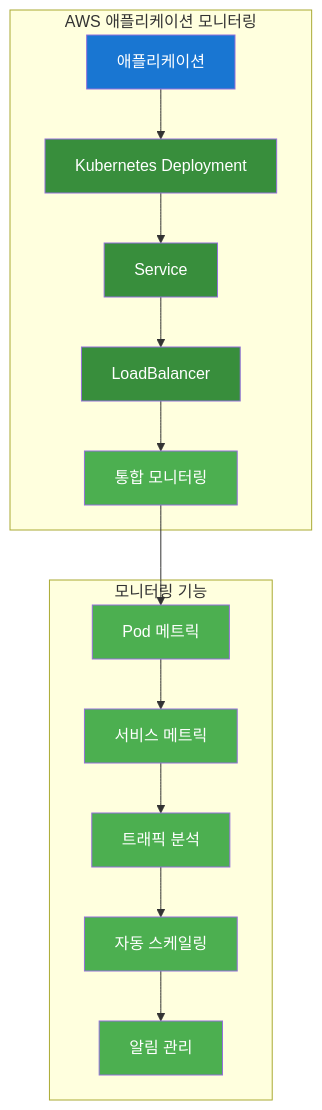
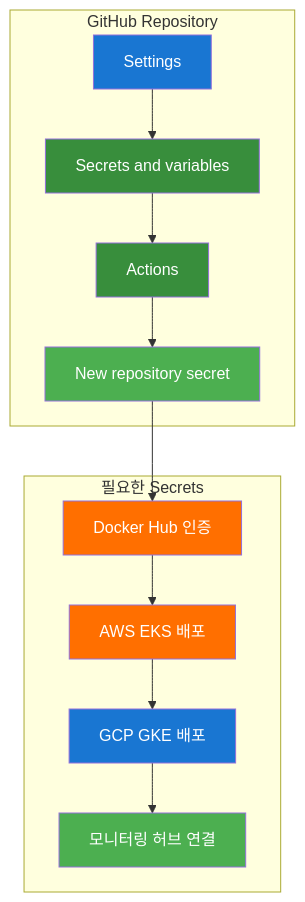
One commit to jungfrau70/mcp_cloud changed the third of 9 diagrams in mcp_knowledge_base/cloud_intermediate/lectures/day2/Day2_통합강의안_오후.md. Above: the diagram before and after it, drawn with Mermaid. The commit also changed other lines of this file, not shown here.

````diff
--- a/mcp_knowledge_base/cloud_intermediate/lectures/day2/Day2_통합강의안_오후.md
+++ b/mcp_knowledge_base/cloud_intermediate/lectures/day2/Day2_통합강의안_오후.md
@@ -223,29 +172,25 @@
 ```mermaid
 flowchart TD
-    subgraph "AWS 애플리케이션 모니터링"
-        A["애플리케이션"] --> B["Kubernetes Deployment"]
-        B --> C["Service"]
-        C --> D["LoadBalancer"]
-        D --> E["통합 모니터링"]
+    subgraph "GitHub Repository"
+        A["Settings"] --> B["Secrets and variables"]
+        B --> C["Actions"]
+        C --> D["New repository secret"]
     end
     
-    subgraph "모니터링 기능"
-        F["Pod 메트릭"] --> G["서비스 메트릭"]
-        G --> H["트래픽 분석"]
-        H --> I["자동 스케일링"]
-        I --> J["알림 관리"]
+    subgraph "필요한 Secrets"
+        E["Docker Hub 인증"] --> F["AWS EKS 배포"]
+        F --> G["GCP GKE 배포"]
+        G --> H["모니터링 허브 연결"]
     end
     
-    E --> F
+    D --> E
     
     style A fill:#1976d2,color:#ffffff
     style B fill:#388e3c,color:#ffffff
     style C fill:#388e3c,color:#ffffff
-    style D fill:#388e3c,color:#ffffff
-    style E fill:#4caf50,color:#ffffff
-    style F fill:#4caf50,color:#ffffff
-    style G fill:#4caf50,color:#ffffff
+    style D fill:#4caf50,color:#ffffff
+    style E fill:#ff6f00,color:#ffffff
+    style F fill:#ff6f00,color:#ffffff
+    style G fill:#1976d2,color:#ffffff
     style H fill:#4caf50,color:#ffffff
-    style I fill:#4caf50,color:#ffffff
-    style J fill:#4caf50,color:#ffffff
 ```
````
